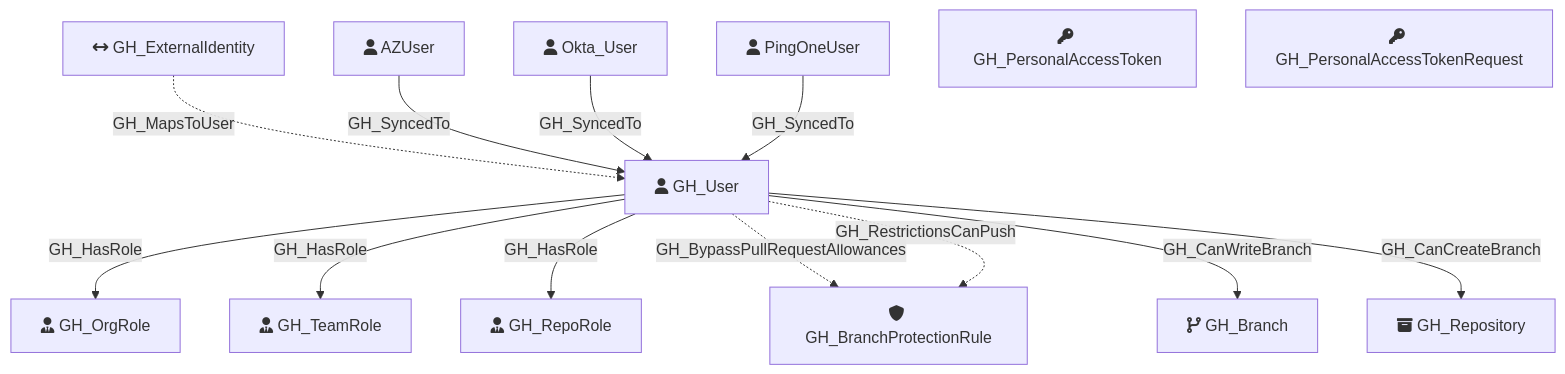
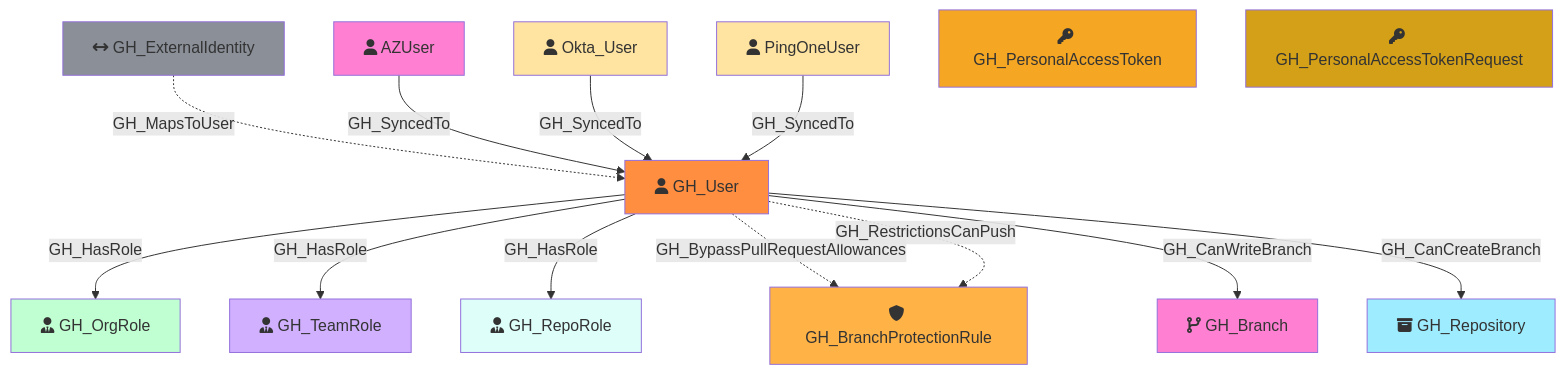
Before and after one commit to SpecterOps/bloodhound-docs: the diagram in docs/opengraph/extensions/githound/reference/nodes/gh_user.mdx, drawn with Mermaid. The commit also changed other lines of this file and 52 other files, not shown here.

````diff
--- a/docs/opengraph/extensions/githound/reference/nodes/gh_user.mdx
+++ b/docs/opengraph/extensions/githound/reference/nodes/gh_user.mdx
@@ -57,33 +84,46 @@
 ```mermaid
 flowchart TD
     GH_User[fa:fa-user GH_User]
     GH_OrgRole[fa:fa-user-tie GH_OrgRole]
     GH_RepoRole[fa:fa-user-tie GH_RepoRole]
     GH_TeamRole[fa:fa-user-tie GH_TeamRole]
     GH_Branch[fa:fa-code-branch GH_Branch]
     GH_ExternalIdentity[fa:fa-arrows-left-right GH_ExternalIdentity]
     AZUser[fa:fa-user AZUser]
     Okta_User[fa:fa-user Okta_User]
     PingOneUser[fa:fa-user PingOneUser]
 
+    style GH_User fill:#FF8E40
+    style GH_OrgRole fill:#BFFFD1
+    style GH_RepoRole fill:#DEFEFA
+    style GH_TeamRole fill:#D0B0FF
+    style GH_Branch fill:#FF80D2
+    style GH_ExternalIdentity fill:#8A8F98
+    style AZUser fill:#FF80D2
+    style Okta_User fill:#FFE4A1
+    style PingOneUser fill:#FFE4A1
 
     GH_PersonalAccessToken[fa:fa-key GH_PersonalAccessToken]
     GH_PersonalAccessTokenRequest[fa:fa-key GH_PersonalAccessTokenRequest]
 
+    style GH_PersonalAccessToken fill:#F5A623
+    style GH_PersonalAccessTokenRequest fill:#D4A017
 
     GH_BranchProtectionRule[fa:fa-shield GH_BranchProtectionRule]
     GH_Repository[fa:fa-box-archive GH_Repository]
 
+    style GH_BranchProtectionRule fill:#FFB347
+    style GH_Repository fill:#9EECFF
 
     GH_User -->|GH_HasRole| GH_OrgRole
     GH_User -->|GH_HasRole| GH_TeamRole
     GH_User -->|GH_HasRole| GH_RepoRole
     GH_User -.->|GH_BypassPullRequestAllowances| GH_BranchProtectionRule
     GH_User -.->|GH_RestrictionsCanPush| GH_BranchProtectionRule
     GH_User -->|GH_CanWriteBranch| GH_Branch
     GH_User -->|GH_CanCreateBranch| GH_Repository
     GH_ExternalIdentity -.->|GH_MapsToUser| GH_User
     AZUser -->|GH_SyncedTo| GH_User
     Okta_User -->|GH_SyncedTo| GH_User
     PingOneUser -->|GH_SyncedTo| GH_User
 ```
````
